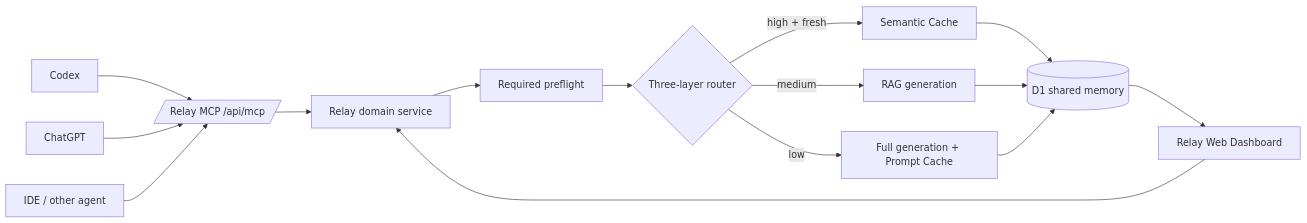
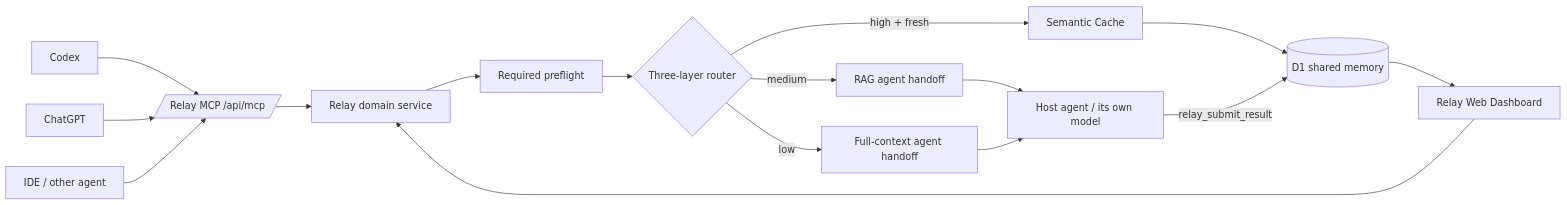
Before and after one commit to ksh1ng/ShareXpace: the first of 2 diagrams in README.md, drawn with Mermaid. The commit also changed other lines of this file and 7 other files, not shown here.

Commit message:
Hand RAG and full generation back to MCP agents

````diff
--- a/README.md
+++ b/README.md
@@ -9,17 +9,18 @@
 ```mermaid
 flowchart LR
   C[Codex] --> M[/Relay MCP /api/mcp/]
   H[ChatGPT] --> M
   I[IDE / other agent] --> M
   W[Relay Web Dashboard] --> S[Relay domain service]
   M --> S
   S --> P[Required preflight]
   P --> R{Three-layer router}
   R -->|high + fresh| SC[Semantic Cache]
-  R -->|medium| RG[RAG generation]
-  R -->|low| FG[Full generation + Prompt Cache]
+  R -->|medium| RG[RAG agent handoff]
+  R -->|low| FG[Full-context agent handoff]
   SC --> D[(D1 shared memory)]
-  RG --> D
-  FG --> D
+  RG --> A[Host agent / its own model]
+  FG --> A
+  A -->|relay_submit_result| D
   D --> W
 ```
````
